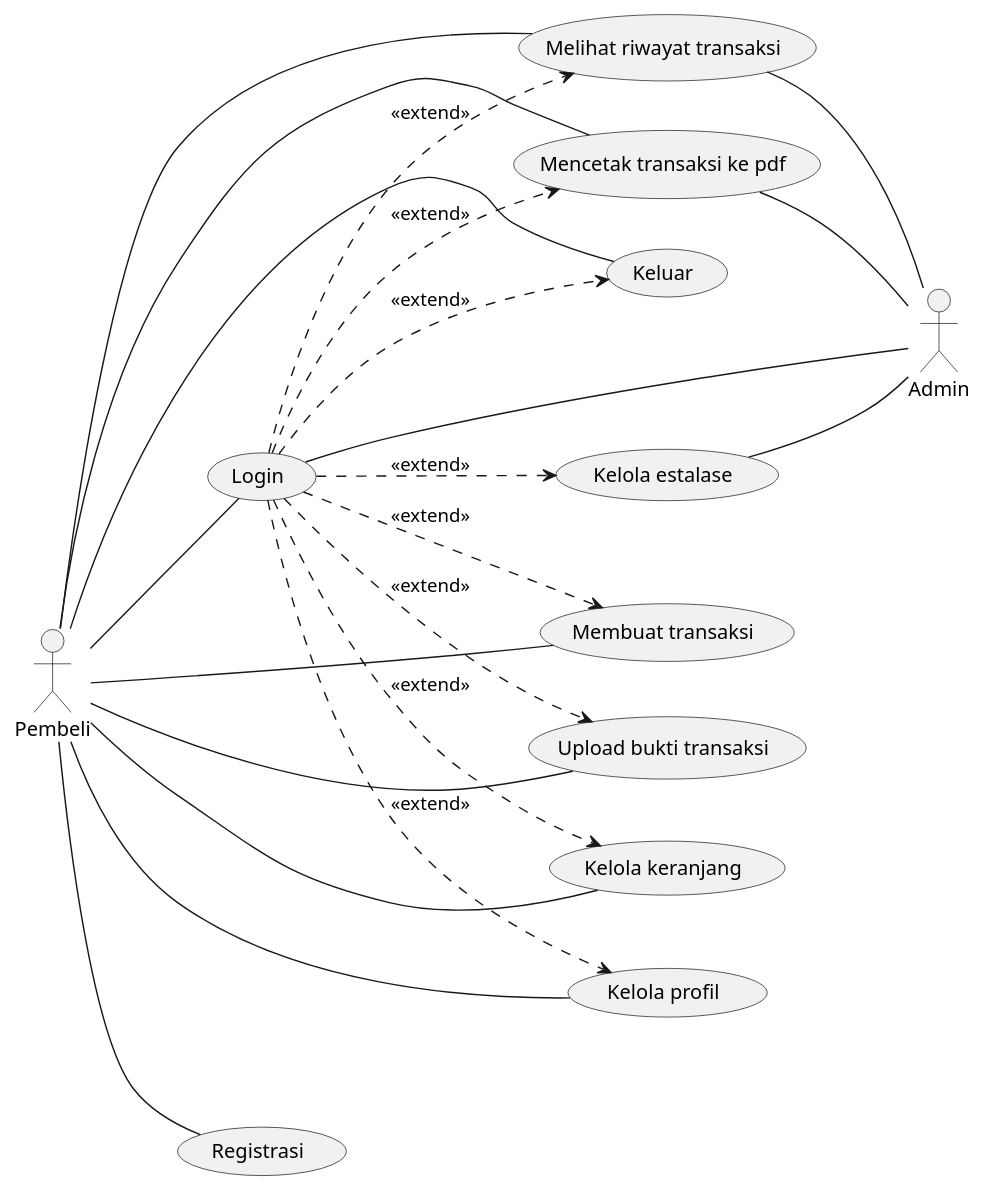
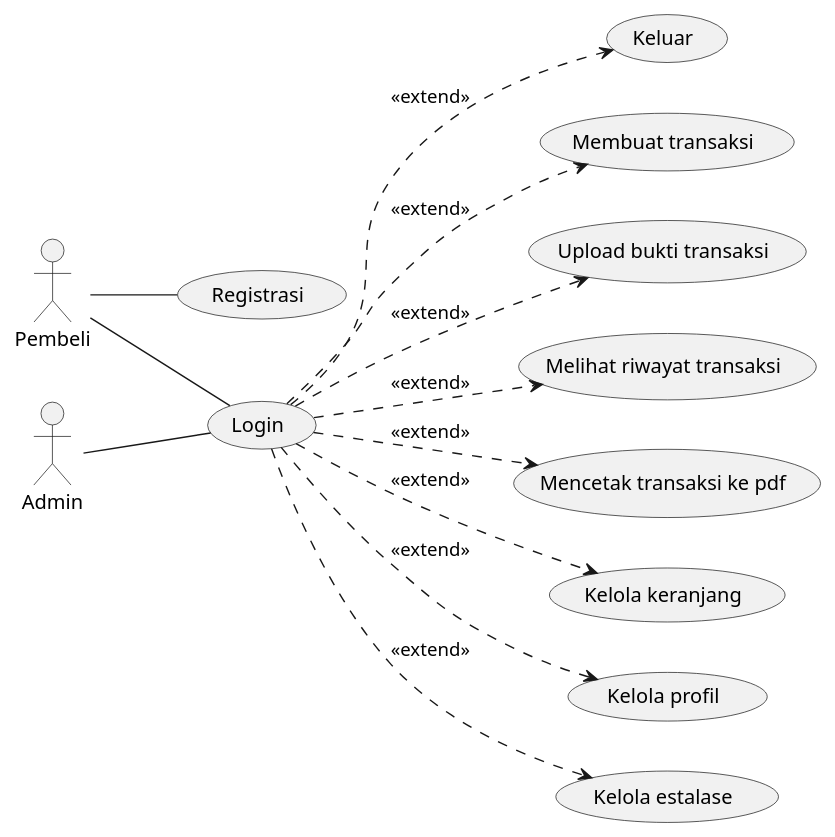
One commit to stnDinus/skpl_apbo_diagrams changed the diagram in use_case.puml. Above: the diagram before and after it, drawn with PlantUML.

Commit message:
fix: redundant case connections

```diff
--- a/use_case.puml
+++ b/use_case.puml
@@ -1,43 +1,33 @@
 @startuml
 left to right direction
 
 actor Pembeli as usr
 actor Admin as root
 
 (Login) as signin
 (Registrasi) as signup
 (Keluar) as signout
 (Membuat transaksi) as trx
 (Upload bukti transaksi) as up_trx_receipt
 (Melihat riwayat transaksi) as trx_history
 (Mencetak transaksi ke pdf) as pdf_trx
 (Kelola keranjang) as mng_cart
 (Kelola profil) as mng_profile
 (Kelola estalase) as stock
 
 usr -- signin
 usr -- signup
-usr -- trx
-usr -- up_trx_receipt
-usr -- trx_history
-usr -- pdf_trx
-usr -- mng_cart
-usr -- mng_profile
-usr -- signout
 
-signin -- root
-stock -- root
-trx_history -- root
-pdf_trx -- root
+root -- signin
 
 signin ..> trx: <<extend>>
 signin ..> up_trx_receipt: <<extend>>
 signin ..> trx_history: <<extend>>
 signin ..> pdf_trx: <<extend>>
 signin ..> mng_cart: <<extend>>
 signin ..> mng_profile: <<extend>>
 signin ..> signout: <<extend>>
 
 signin ..> stock: <<extend>>
 
 @enduml
```
